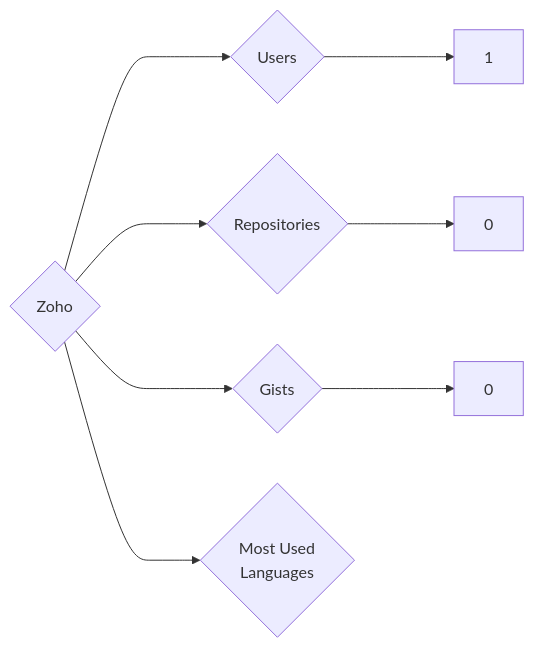
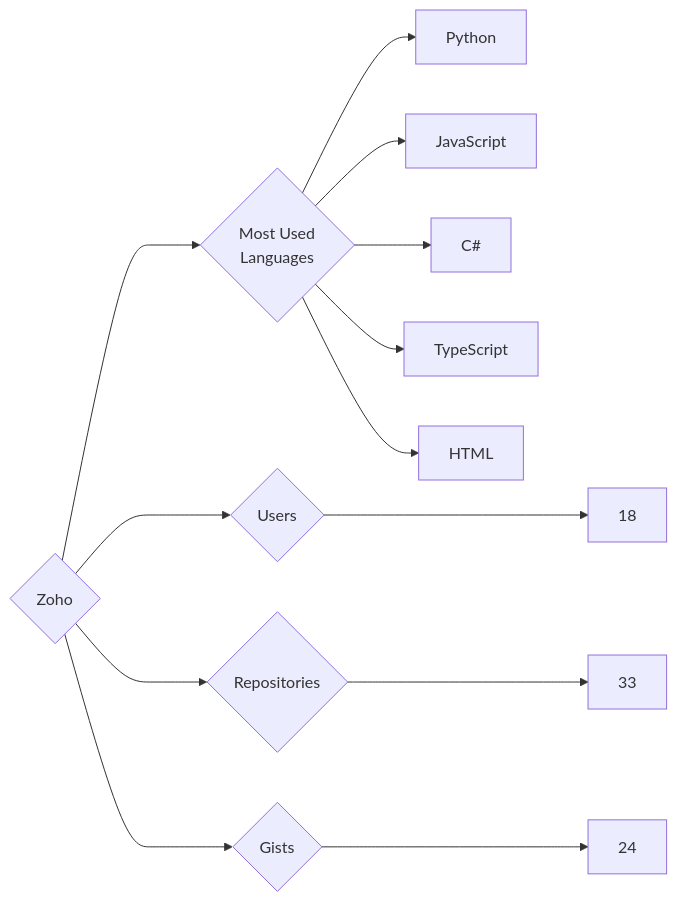
The diagram in targets/Zoho/README.md (trickest/insiders), drawn with Mermaid before and after one commit. The commit also changed 886 other files, not shown here.

````diff
--- a/targets/Zoho/README.md
+++ b/targets/Zoho/README.md
@@ -3,8 +3,13 @@
 ```mermaid
 graph LR
 COMPANY_NAME{Zoho}
-COMPANY_NAME ---> U{Users} ---> UN[1]
-COMPANY_NAME ---> R{Repositories} ---> RN[0]
-COMPANY_NAME ---> G{Gists} ---> GN[0]
+COMPANY_NAME ---> U{Users} ---> UN[18]
+COMPANY_NAME ---> R{Repositories} ---> RN[33]
+COMPANY_NAME ---> G{Gists} ---> GN[24]
 COMPANY_NAME ---> ML{Most Used<br>Languages}
+ML --> Python[Python]
+ML --> JavaScript[JavaScript]
+ML --> C#[C#]
+ML --> TypeScript[TypeScript]
+ML --> HTML[HTML]
 ```
````
